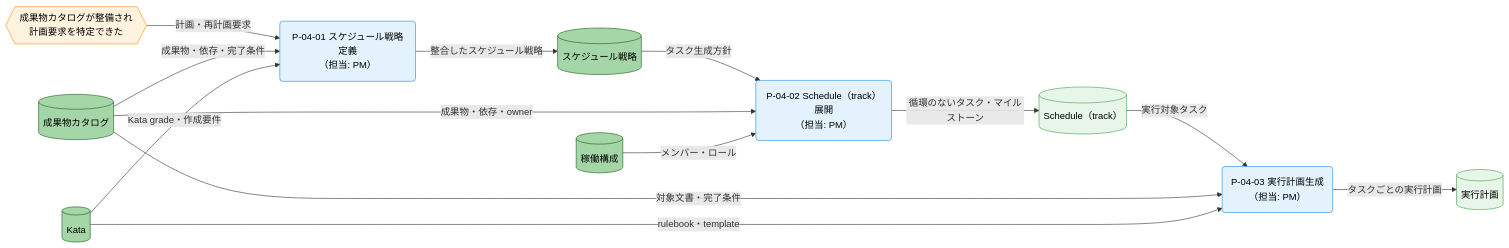
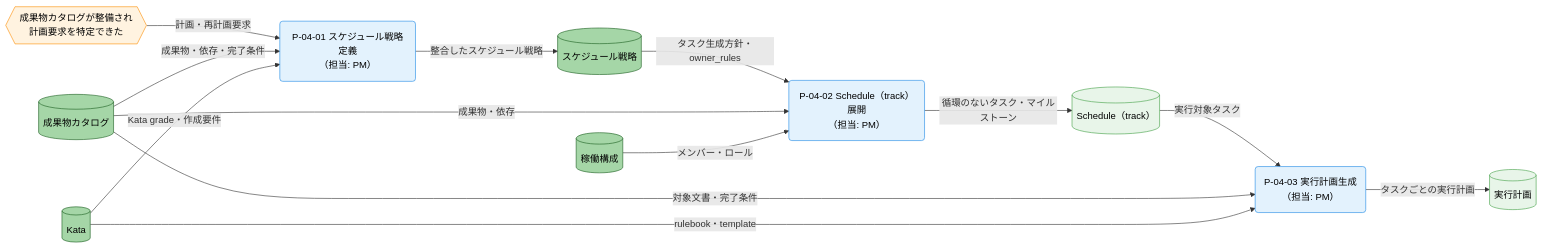
One commit to specdojo/specdojo changed the third of 5 diagrams in docs/ja/product/010-business-specs/010-data-flow/cdfd-plan.md. Above: the diagram before and after it, drawn with Mermaid. The commit also changed other lines of this file and 4 other files, not shown here.

Commit message:
exec(T-DATA-FLOW-PDCA-cdfd-plan-075): apply task changes

````diff
--- a/docs/ja/product/010-business-specs/010-data-flow/cdfd-plan.md
+++ b/docs/ja/product/010-business-specs/010-data-flow/cdfd-plan.md
@@ -193,36 +213,36 @@
 ```mermaid
 flowchart LR
   classDef process fill:#e3f2fd,stroke:#1e88e5,color:#000
   classDef event fill:#fff3e0,stroke:#fb8c00,color:#000
   classDef storeMaster fill:#a5d6a7,stroke:#1b5e20,color:#000
   classDef storeTransaction fill:#e8f5e9,stroke:#43a047,color:#000
 
   展開契機{{"成果物カタログが整備され<br>計画要求を特定できた"}}
   戦略定義("P-04-01 スケジュール戦略定義<br>（担当: PM）")
   Schedule展開("P-04-02 Schedule（track）展開<br>（担当: PM）")
   実行計画生成("P-04-03 実行計画生成<br>（担当: PM）")
   稼働構成[("稼働構成")]
   Kata[("Kata")]
   成果物カタログ[("成果物カタログ")]
   スケジュール戦略[("スケジュール戦略")]
   Schedule[("Schedule（track）")]
   実行計画[("実行計画")]
 
   展開契機 -->|"計画・再計画要求"| 戦略定義
   成果物カタログ -->|"成果物・依存・完了条件"| 戦略定義
   Kata -->|"Kata grade・作成要件"| 戦略定義
   戦略定義 -->|"整合したスケジュール戦略"| スケジュール戦略
-  スケジュール戦略 -->|"タスク生成方針"| Schedule展開
-  成果物カタログ -->|"成果物・依存・owner"| Schedule展開
+  スケジュール戦略 -->|"タスク生成方針・owner_rules"| Schedule展開
+  成果物カタログ -->|"成果物・依存"| Schedule展開
   稼働構成 -->|"メンバー・ロール"| Schedule展開
   Schedule展開 -->|"循環のないタスク・マイルストーン"| Schedule
   Schedule -->|"実行対象タスク"| 実行計画生成
   成果物カタログ -->|"対象文書・完了条件"| 実行計画生成
   Kata -->|"rulebook・template"| 実行計画生成
   実行計画生成 -->|"タスクごとの実行計画"| 実行計画
 
   class 戦略定義,Schedule展開,実行計画生成 process
   class 展開契機 event
   class 稼働構成,Kata,成果物カタログ,スケジュール戦略 storeMaster
   class Schedule,実行計画 storeTransaction
 ```
````
